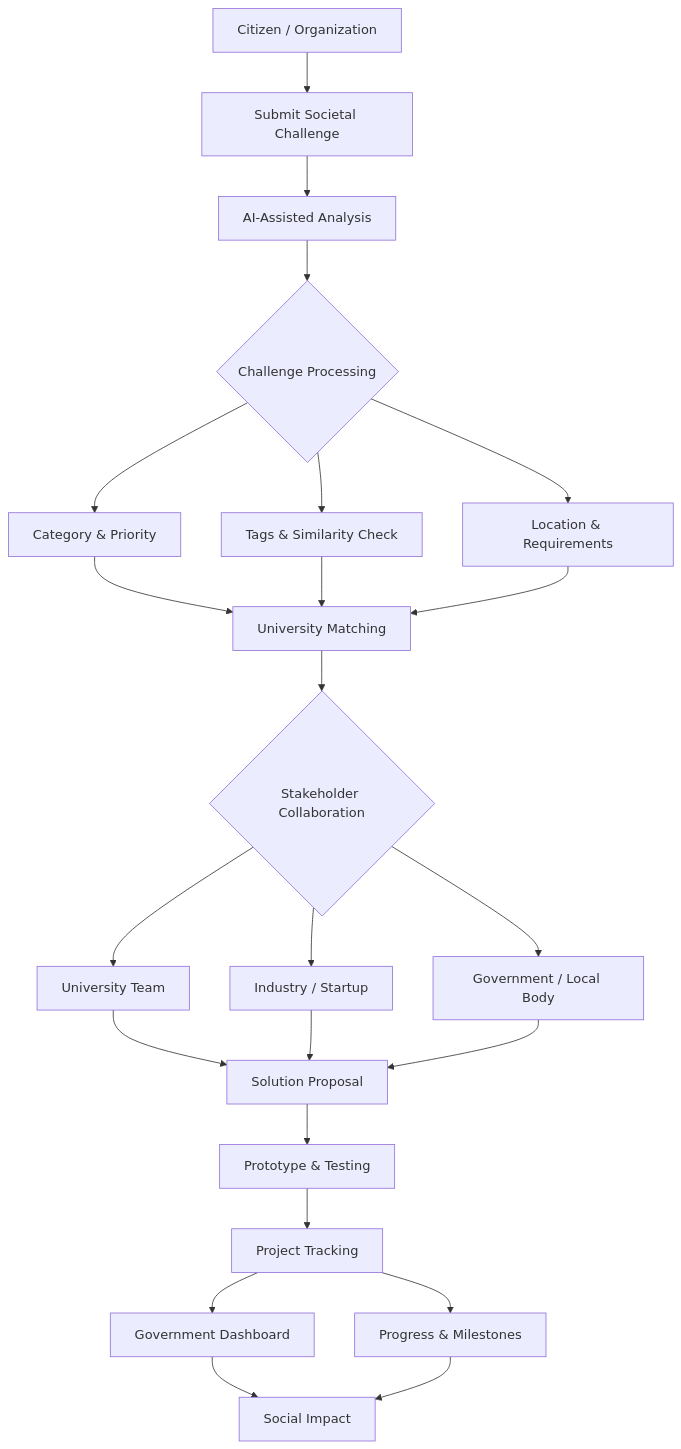
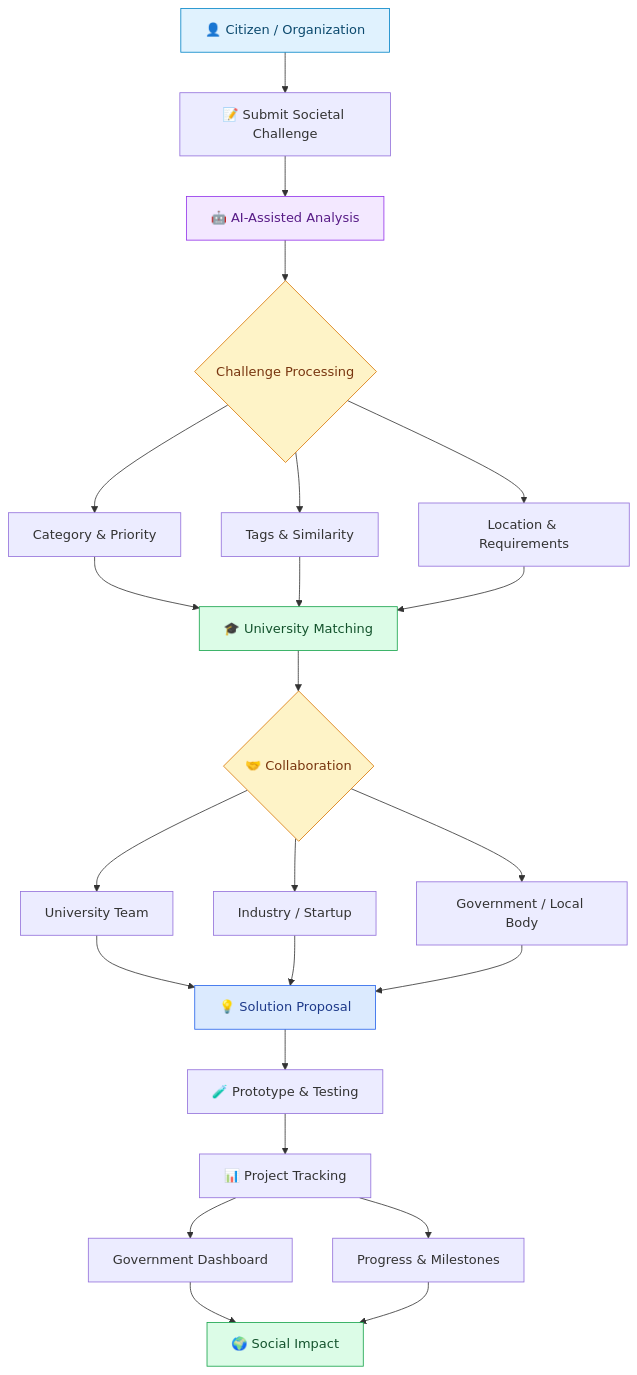
One commit to sumitkumar2374/SamadhanX changed the diagram in README.md. Above: the diagram before and after it, drawn with Mermaid. The commit also changed other lines of this file, not shown here.

Commit message:
Enhance README with workflow diagram and emojis

````diff
--- a/README.md
+++ b/README.md
@@ -27,37 +26,43 @@
 ```mermaid
- flowchart TD 
 
-    A[Citizen / Organization] --> B[Submit Societal Challenge]
+flowchart TD
+    A["👤 Citizen / Organization"] --> B["📝 Submit Societal Challenge"]
+    B --> C["🤖 AI-Assisted Analysis"]
 
-    B --> C[AI-Assisted Analysis]
+    C --> D{"Challenge Processing"}
 
-    C --> D{Challenge Processing}
+    D --> E["Category & Priority"]
+    D --> F["Tags & Similarity"]
+    D --> G["Location & Requirements"]
 
-    D --> E[Category & Priority]
-    D --> F[Tags & Similarity Check]
-    D --> G[Location & Requirements]
-
-    E --> H[University Matching]
+    E --> H["🎓 University Matching"]
     F --> H
     G --> H
 
-    H --> I{Stakeholder Collaboration}
+    H --> I{"🤝 Collaboration"}
 
-    I --> J[University Team]
-    I --> K[Industry / Startup]
-    I --> L[Government / Local Body]
+    I --> J["University Team"]
+    I --> K["Industry / Startup"]
+    I --> L["Government / Local Body"]
 
-    J --> M[Solution Proposal]
+    J --> M["💡 Solution Proposal"]
     K --> M
     L --> M
 
-    M --> N[Prototype & Testing]
+    M --> N["🧪 Prototype & Testing"]
+    N --> O["📊 Project Tracking"]
 
-    N --> O[Project Tracking]
+    O --> P["Government Dashboard"]
+    O --> Q["Progress & Milestones"]
 
-    O --> P[Government Dashboard]
-    O --> Q[Progress & Milestones]
+    P --> R["🌍 Social Impact"]
+    Q --> R
 
-    P --> R[Social Impact]
-    Q --> R
+    style A fill:#e0f2fe,stroke:#0284c7,color:#0c4a6e
+    style C fill:#f3e8ff,stroke:#9333ea,color:#581c87
+    style D fill:#fef3c7,stroke:#d97706,color:#78350f
+    style H fill:#dcfce7,stroke:#16a34a,color:#14532d
+    style I fill:#fef3c7,stroke:#d97706,color:#78350f
+    style M fill:#dbeafe,stroke:#2563eb,color:#1e3a8a
+    style R fill:#dcfce7,stroke:#16a34a,color:#14532d
 ```
````
